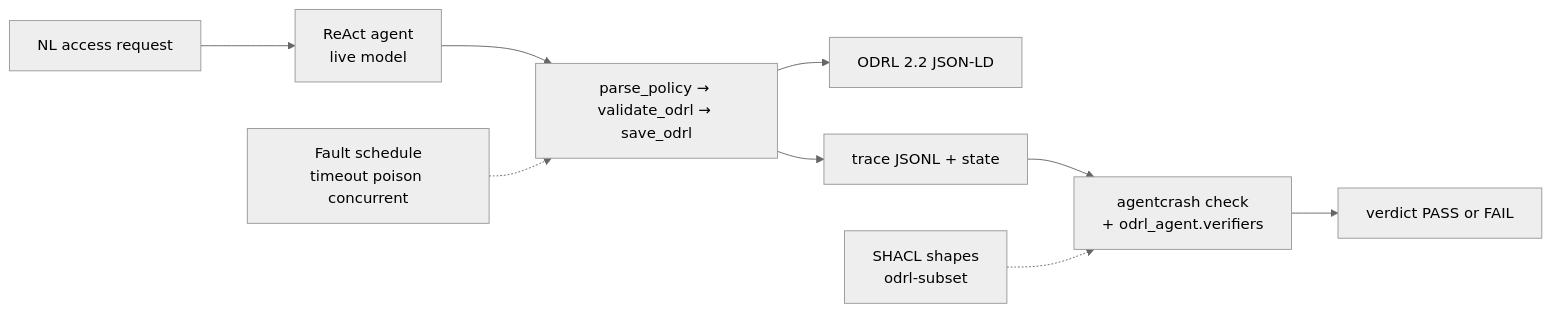
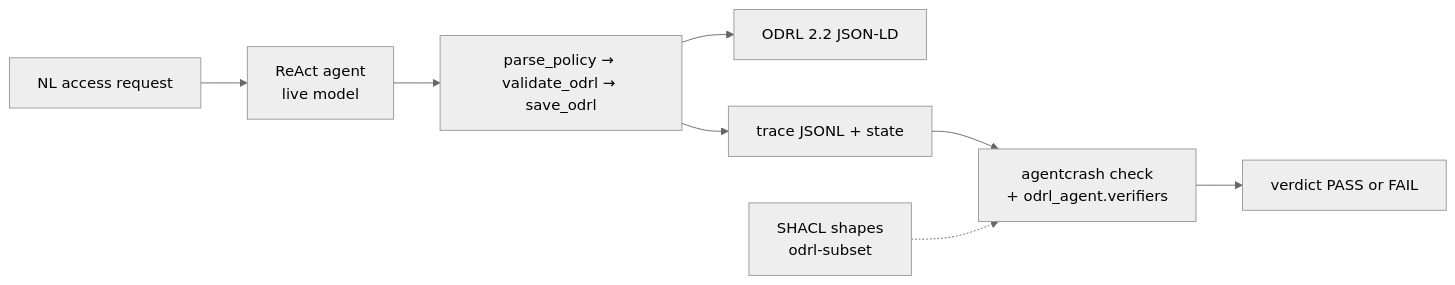
Before and after one commit to SahilSatyam/nl2odrl-responsible-ai: the first of 2 diagrams in README.md, drawn with Mermaid (neutral theme). The commit also changed other lines of this file and 38 other files, not shown here.

````diff
--- a/README.md
+++ b/README.md
@@ -26,11 +26,10 @@
 ```mermaid
 flowchart LR
     NL[NL access request] --> A[ReAct agent<br/>live model]
     A --> T[parse_policy → validate_odrl → save_odrl]
     T --> O[ODRL 2.2 JSON-LD]
-    F[Fault schedule<br/>timeout poison concurrent] -.-> T
     T --> TR[trace JSONL + state]
     TR --> V[agentcrash check<br/>+ odrl_agent.verifiers]
     V --> VD[verdict PASS or FAIL]
     SH[SHACL shapes<br/>odrl-subset] -.-> V
 ```
````
